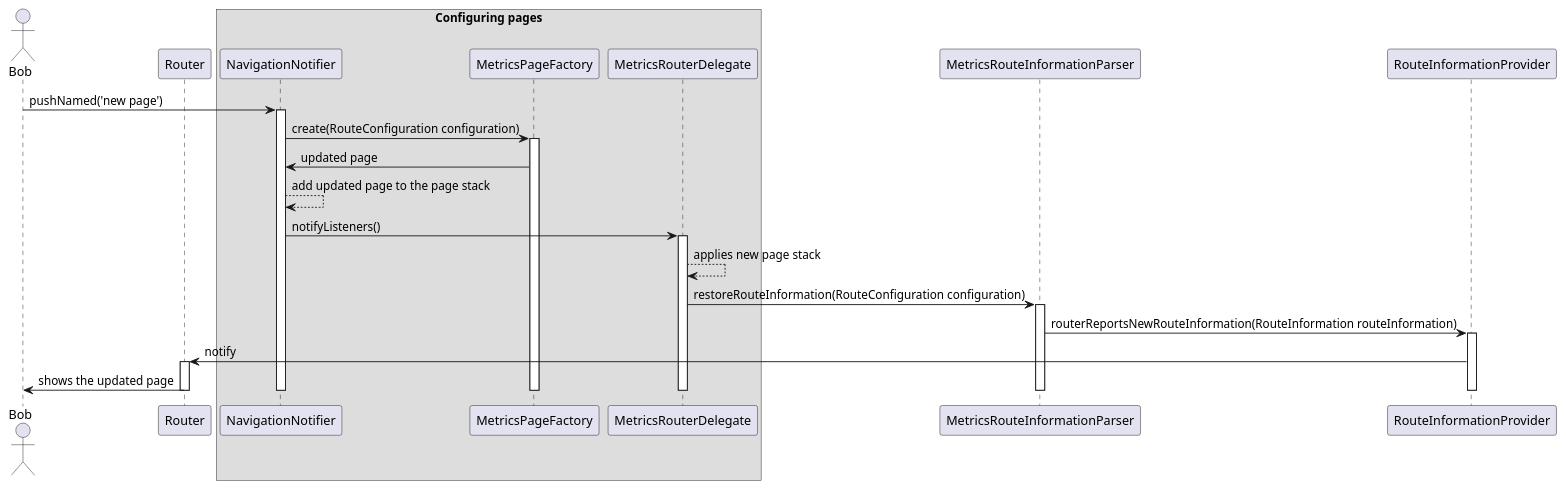
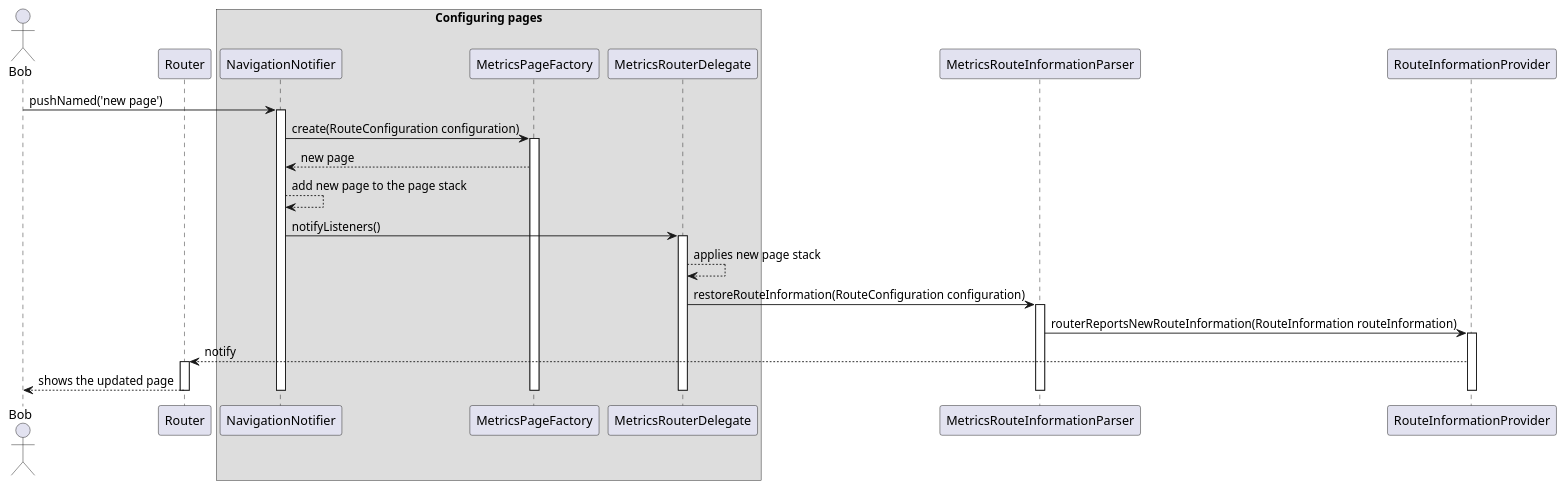
Before and after one commit to Flank/flank-dashboard: the diagram in metrics/web/docs/features/navigation/diagrams/internal_navigation_sequence_diagram.puml, drawn with PlantUML.

Commit message:
Improve internal navigation diagram

```diff
--- a/metrics/web/docs/features/navigation/diagrams/internal_navigation_sequence_diagram.puml
+++ b/metrics/web/docs/features/navigation/diagrams/internal_navigation_sequence_diagram.puml
@@ -1,49 +1,49 @@
 @startuml internal_navigation_sequence_diagram
 
-    actor Bob
+actor Bob
 
-    participant Router
+participant Router
 
-    box Configuring pages
-        participant NavigationNotifier
-        participant MetricsPageFactory
-        participant MetricsRouterDelegate
-    endbox 
+box Configuring pages
+    participant NavigationNotifier
+    participant MetricsPageFactory
+    participant MetricsRouterDelegate
+endbox
 
-    participant MetricsRouteInformationParser
+participant MetricsRouteInformationParser
 
-    participant RouteInformationProvider
+participant RouteInformationProvider
 
-    Bob -> NavigationNotifier : pushNamed('new page')
-    activate NavigationNotifier
+Bob -> NavigationNotifier : pushNamed('new page')
+activate NavigationNotifier
 
-    NavigationNotifier -> MetricsPageFactory : create(RouteConfiguration configuration)
-    activate MetricsPageFactory
+NavigationNotifier -> MetricsPageFactory : create(RouteConfiguration configuration)
+activate MetricsPageFactory
 
-    MetricsPageFactory -> NavigationNotifier : updated page
+MetricsPageFactory --> NavigationNotifier : new page
 
-    NavigationNotifier --> NavigationNotifier : add updated page to the page stack
+NavigationNotifier --> NavigationNotifier : add new page to the page stack
 
-    NavigationNotifier -> MetricsRouterDelegate : notifyListeners()
-    activate MetricsRouterDelegate
+NavigationNotifier -> MetricsRouterDelegate : notifyListeners()
+activate MetricsRouterDelegate
 
-    MetricsRouterDelegate --> MetricsRouterDelegate: applies new page stack
+MetricsRouterDelegate --> MetricsRouterDelegate: applies new page stack
 
-    MetricsRouterDelegate -> MetricsRouteInformationParser : restoreRouteInformation(RouteConfiguration configuration)
-    activate MetricsRouteInformationParser
+MetricsRouterDelegate -> MetricsRouteInformationParser : restoreRouteInformation(RouteConfiguration configuration)
+activate MetricsRouteInformationParser
 
-    MetricsRouteInformationParser -> RouteInformationProvider : routerReportsNewRouteInformation(RouteInformation routeInformation)
-    activate RouteInformationProvider
+MetricsRouteInformationParser -> RouteInformationProvider : routerReportsNewRouteInformation(RouteInformation routeInformation)
+activate RouteInformationProvider
 
-    RouteInformationProvider -> Router : notify
-    activate Router
+RouteInformationProvider --> Router : notify
+activate Router
 
-    Router -> Bob : shows the updated page
-    
-    deactivate Router
-    deactivate RouteInformationProvider
-    deactivate MetricsRouteInformationParser
-    deactivate MetricsRouterDelegate
-    deactivate MetricsPageFactory
-    deactivate NavigationNotifier
+Router --> Bob : shows the updated page
+
+deactivate Router
+deactivate RouteInformationProvider
+deactivate MetricsRouteInformationParser
+deactivate MetricsRouterDelegate
+deactivate MetricsPageFactory
+deactivate NavigationNotifier
 @enduml
```
